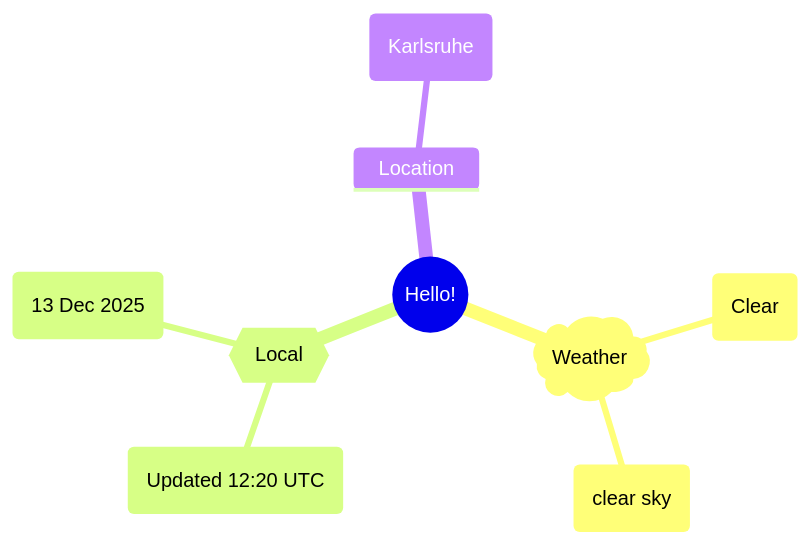
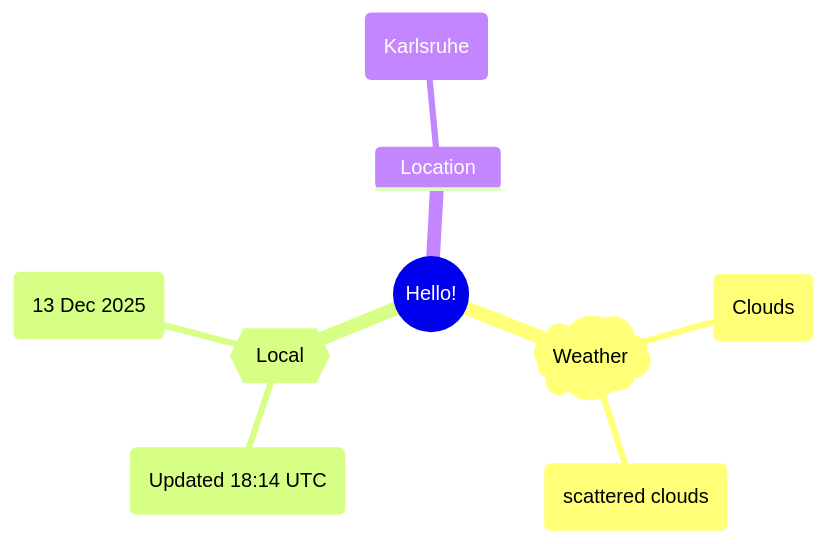
Before and after one commit to Xosrov/Xosrov: the first of 2 diagrams in README.md, drawn with Mermaid.

Commit message:
[bot] updated images

````diff
--- a/README.md
+++ b/README.md
@@ -3,12 +3,12 @@
 ```mermaid
 mindmap
   root((Hello!))
     )Weather(
-        (Clear)
-        (clear sky)
+        (Clouds)
+        (scattered clouds)
     {{Local}}
-        (Updated 12:20 UTC)
+        (Updated 18:14 UTC)
         (13 Dec 2025)
     Location
         (Karlsruhe)
 ```
````
